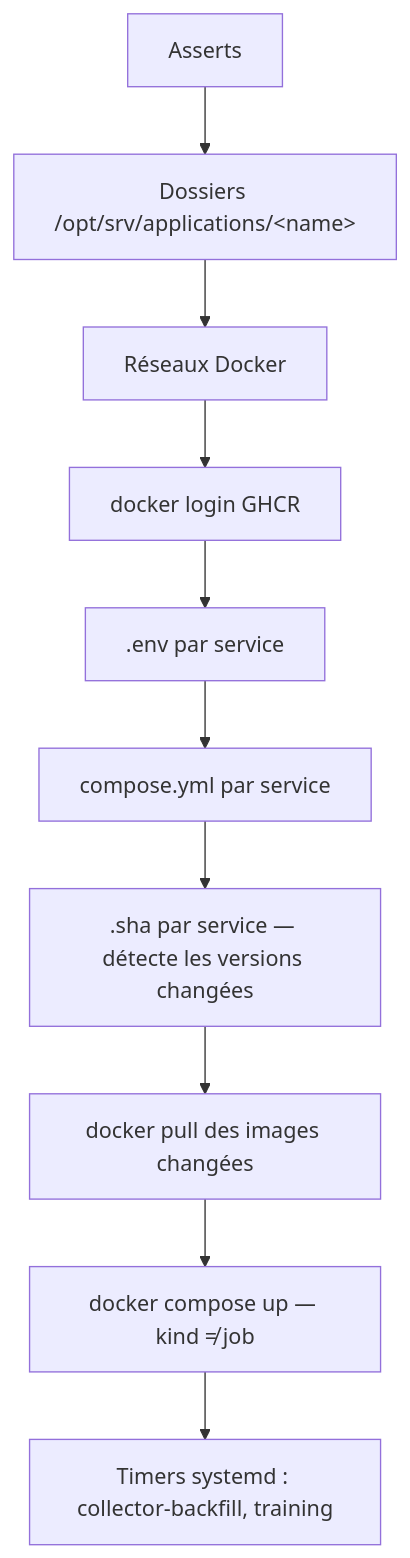
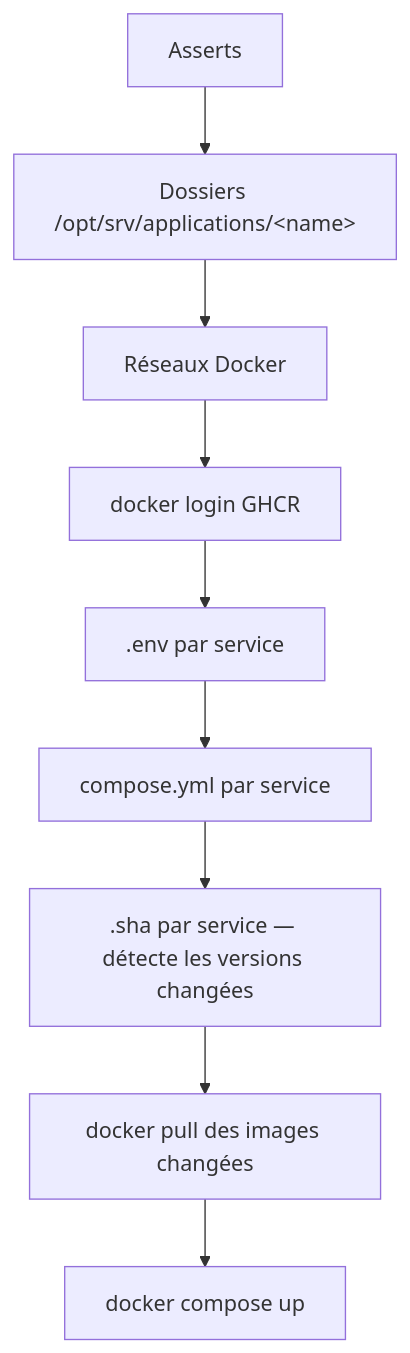
Before and after one commit to EnerVision-G5/infra: the diagram in docs/content/deploiement/applications.md, drawn with Mermaid. The commit also changed other lines of this file and 44 other files, not shown here.

````diff
--- a/docs/content/deploiement/applications.md
+++ b/docs/content/deploiement/applications.md
@@ -12,12 +18,11 @@
 ```mermaid
 flowchart TD
     A[Asserts] --> B[Dossiers /opt/srv/applications/&lt;name&gt;]
     B --> C[Réseaux Docker]
     C --> D[docker login GHCR]
     D --> E[.env par service]
     E --> F[compose.yml par service]
     F --> G[.sha par service — détecte les versions changées]
     G --> H[docker pull des images changées]
-    H --> I[docker compose up — kind ≠ job]
-    I --> J[Timers systemd : collector-backfill, training]
+    H --> I[docker compose up]
 ```
````
